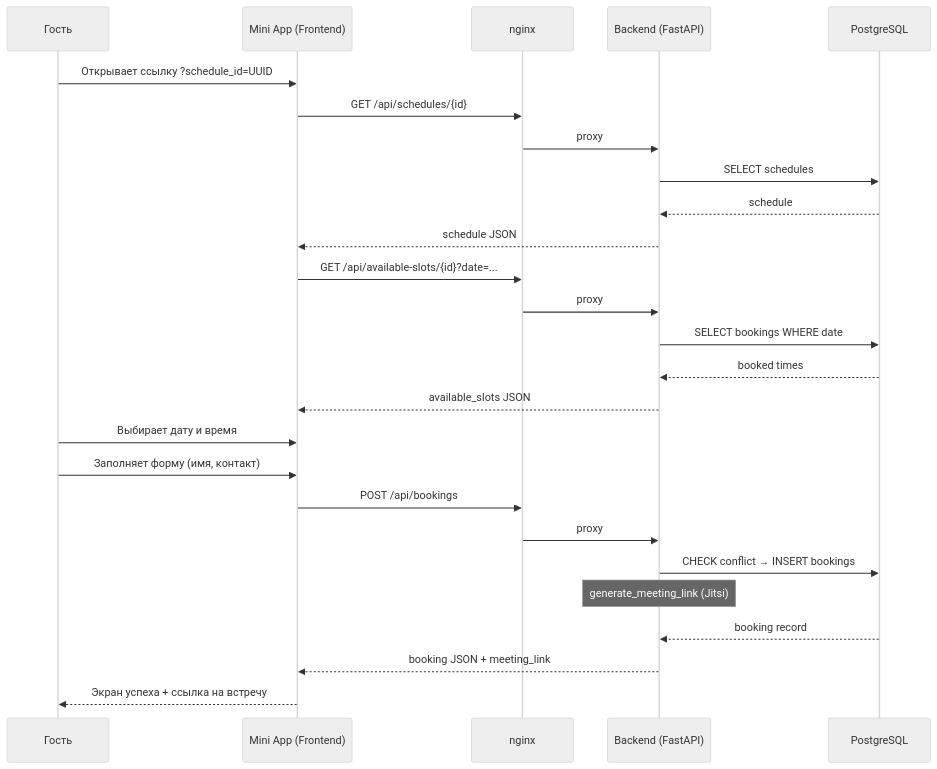
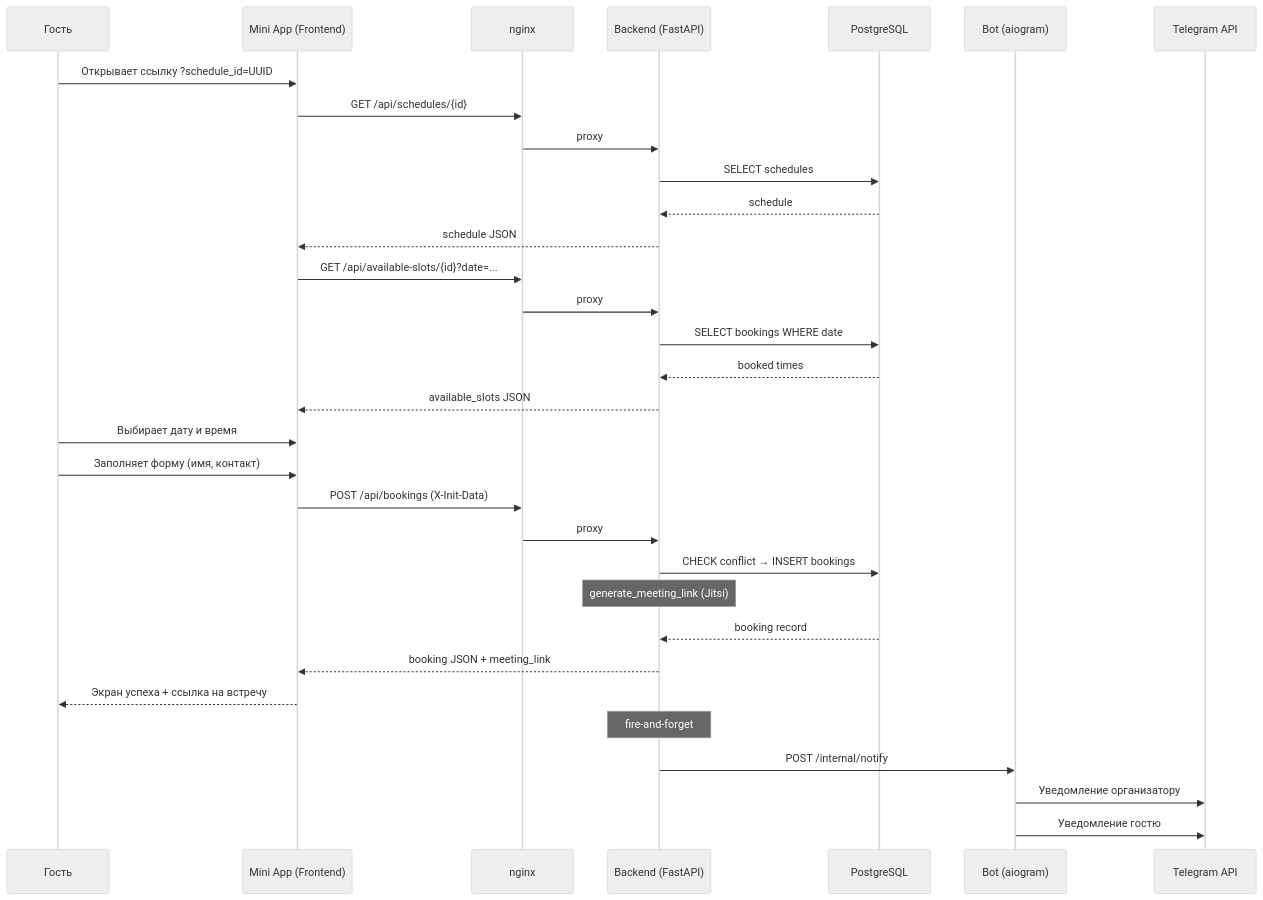
Before and after one commit to iwantproger/do_vstrechi: the sixth of 7 diagrams in docs/ARCHITECTURE.md, drawn with Mermaid (neutral theme). The commit also changed other lines of this file and 5 other files, not shown here.

````diff
--- a/docs/ARCHITECTURE.md
+++ b/docs/ARCHITECTURE.md
@@ -279,31 +304,38 @@
 ```mermaid
 sequenceDiagram
     participant G as Гость
     participant FE as Mini App (Frontend)
     participant NGX as nginx
     participant API as Backend (FastAPI)
     participant DB as PostgreSQL
+    participant BOT2 as Bot (aiogram)
+    participant TG2 as Telegram API
 
     G->>FE: Открывает ссылку ?schedule_id=UUID
     FE->>NGX: GET /api/schedules/{id}
     NGX->>API: proxy
     API->>DB: SELECT schedules
     DB-->>API: schedule
     API-->>FE: schedule JSON
 
     FE->>NGX: GET /api/available-slots/{id}?date=...
     NGX->>API: proxy
     API->>DB: SELECT bookings WHERE date
     DB-->>API: booked times
     API-->>FE: available_slots JSON
 
     G->>FE: Выбирает дату и время
     G->>FE: Заполняет форму (имя, контакт)
-    FE->>NGX: POST /api/bookings
+    FE->>NGX: POST /api/bookings (X-Init-Data)
     NGX->>API: proxy
     API->>DB: CHECK conflict → INSERT bookings
     Note over API: generate_meeting_link (Jitsi)
     DB-->>API: booking record
     API-->>FE: booking JSON + meeting_link
     FE-->>G: Экран успеха + ссылка на встречу
+
+    Note over API: fire-and-forget
+    API->>BOT2: POST /internal/notify
+    BOT2->>TG2: Уведомление организатору
+    BOT2->>TG2: Уведомление гостю
 ```
````
